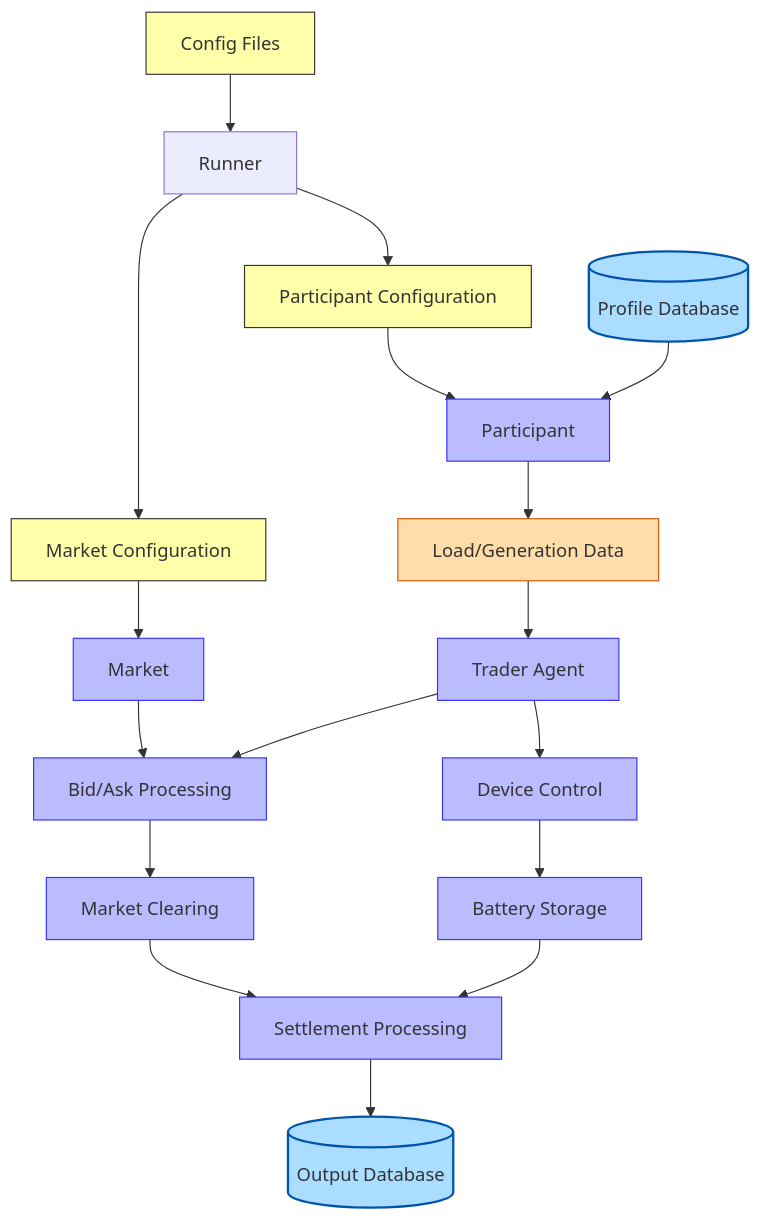
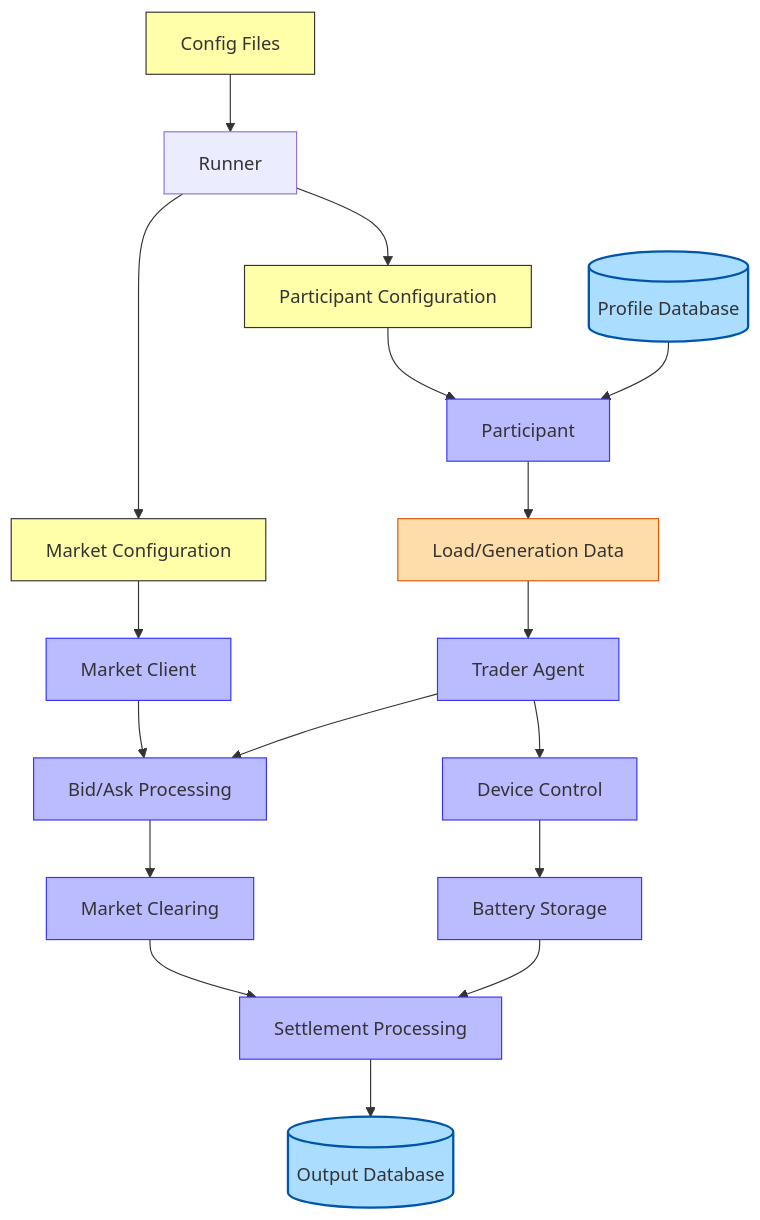
One commit to trex-ai/TREX-Core changed the third of 8 diagrams in trex_core_dependency_graph.md. Above: the diagram before and after it, drawn with Mermaid. The commit also changed other lines of this file and 1 other file, not shown here.

````diff
--- a/trex_core_dependency_graph.md
+++ b/trex_core_dependency_graph.md
@@ -126,39 +126,39 @@
 ```mermaid
 flowchart TB
     %% Configuration Flow
-    Config[Config Files] --> Runner
-    Runner --> MarketConfig[Market Configuration]
-    Runner --> ParticipantConfig[Participant Configuration]
+    Config["Config Files"] --> Runner
+    Runner --> MarketConfig["Market Configuration"]
+    Runner --> ParticipantConfig["Participant Configuration"]
     
     %% Market Data Flow
-    MarketConfig --> Market[Market]
-    Market --> BidAskProcessing[Bid/Ask Processing]
-    BidAskProcessing --> MarketClearing[Market Clearing]
-    MarketClearing --> SettlementProcessing[Settlement Processing]
+    MarketConfig --> Market["Market Client"]
+    Market --> BidAskProcessing["Bid/Ask Processing"]
+    BidAskProcessing --> MarketClearing["Market Clearing"]
+    MarketClearing --> SettlementProcessing["Settlement Processing"]
     
     %% Participant Data Flow
-    ParticipantConfig --> Participant[Participant]
+    ParticipantConfig --> Participant["Participant"]
     ProfileDB[(Profile Database)] --> Participant
-    Participant --> LoadGenData[Load/Generation Data]
-    LoadGenData --> TraderAgent[Trader Agent]
+    Participant --> LoadGenData["Load/Generation Data"]
+    LoadGenData --> TraderAgent["Trader Agent"]
     TraderAgent --> BidAskProcessing
     
     %% Device Control Flow
-    TraderAgent --> DeviceControl[Device Control]
-    DeviceControl --> BESS[Battery Storage]
+    TraderAgent --> DeviceControl["Device Control"]
+    DeviceControl --> BESS["Battery Storage"]
     BESS --> SettlementProcessing
     
     %% Results Flow
     SettlementProcessing --> OutputDB[(Output Database)]
     
     %% Style Settings
     classDef config fill:#ffa,stroke:#333,stroke-width:1px
     classDef process fill:#bbf,stroke:#33f,stroke-width:1px
     classDef data fill:#fda,stroke:#d50,stroke-width:1px
     classDef db fill:#adf,stroke:#05a,stroke-width:2px
     
     class Config,MarketConfig,ParticipantConfig config
     class Market,BidAskProcessing,MarketClearing,SettlementProcessing,Participant,TraderAgent,DeviceControl,BESS process
     class LoadGenData data
     class ProfileDB,OutputDB db
 ```
````
